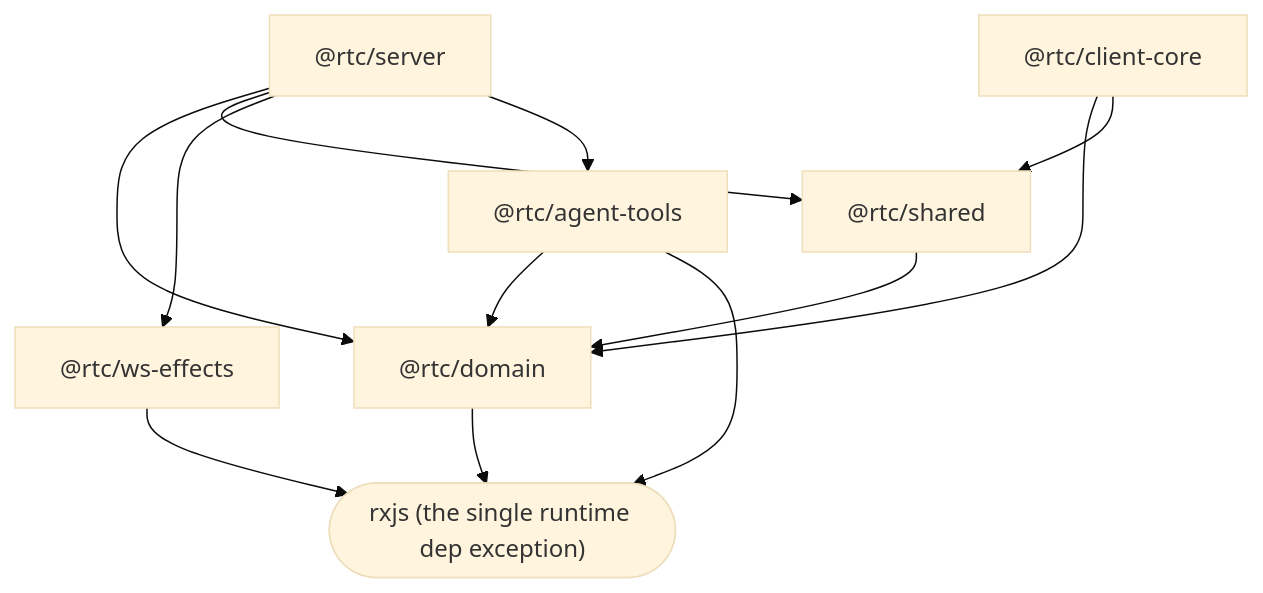
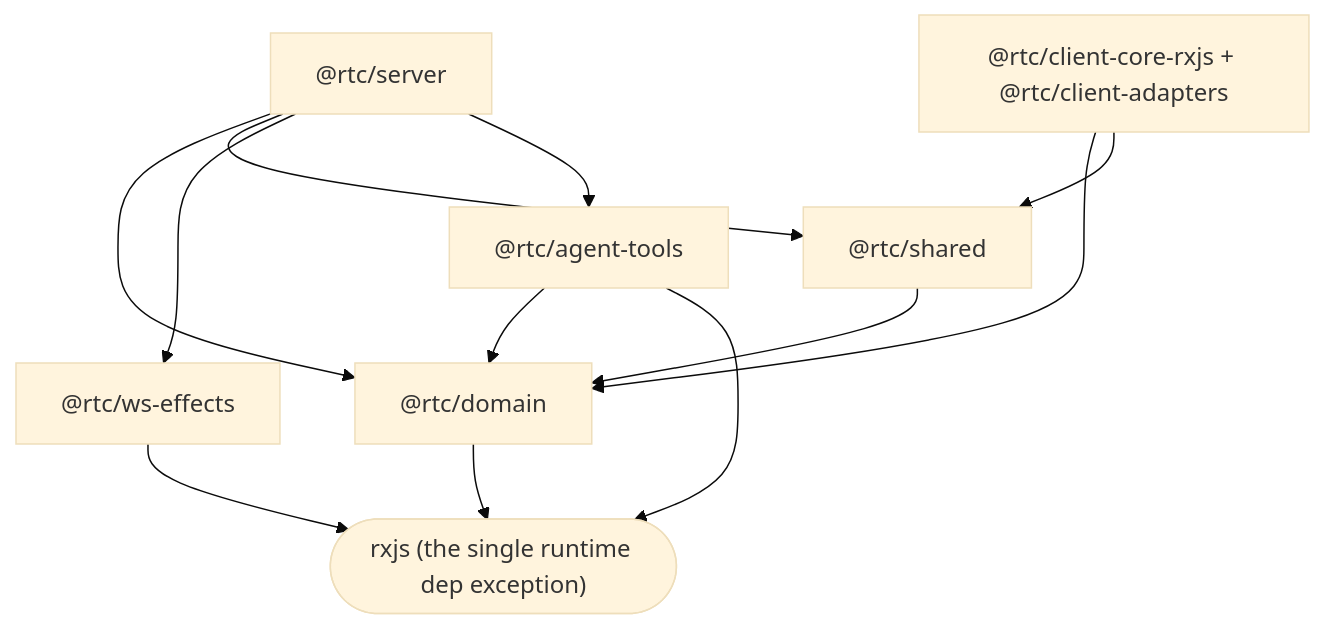
Before and after one commit to bettersoftware-io/ReactiveTraderCloudClone: the seventh of 9 diagrams in docs/architecture/18-jarvis-ai-agent-surface.md, drawn with Mermaid (base theme). The commit also changed other lines of this file and 43 other files, not shown here.

First line of the commit message:
docs: the three sibling cores and @rtc/client-adapters; retire the import codemod

````diff
--- a/docs/architecture/18-jarvis-ai-agent-surface.md
+++ b/docs/architecture/18-jarvis-ai-agent-surface.md
@@ -387,23 +387,23 @@
 ```mermaid
 flowchart TD
     RXJS(["rxjs (the single runtime dep exception)"])
 
     DOM["@rtc/domain"]
     AGT["@rtc/agent-tools"]
     SHD["@rtc/shared"]
     WSE["@rtc/ws-effects"]
     SRV["@rtc/server"]
-    CC["@rtc/client-core"]
+    CC["@rtc/client-core-rxjs + @rtc/client-adapters"]
 
     DOM --> RXJS
     AGT --> DOM
     AGT --> RXJS
     SHD --> DOM
     WSE --> RXJS
     SRV --> DOM
     SRV --> SHD
     SRV --> WSE
     SRV --> AGT
     CC --> DOM
     CC --> SHD
 ```
````
